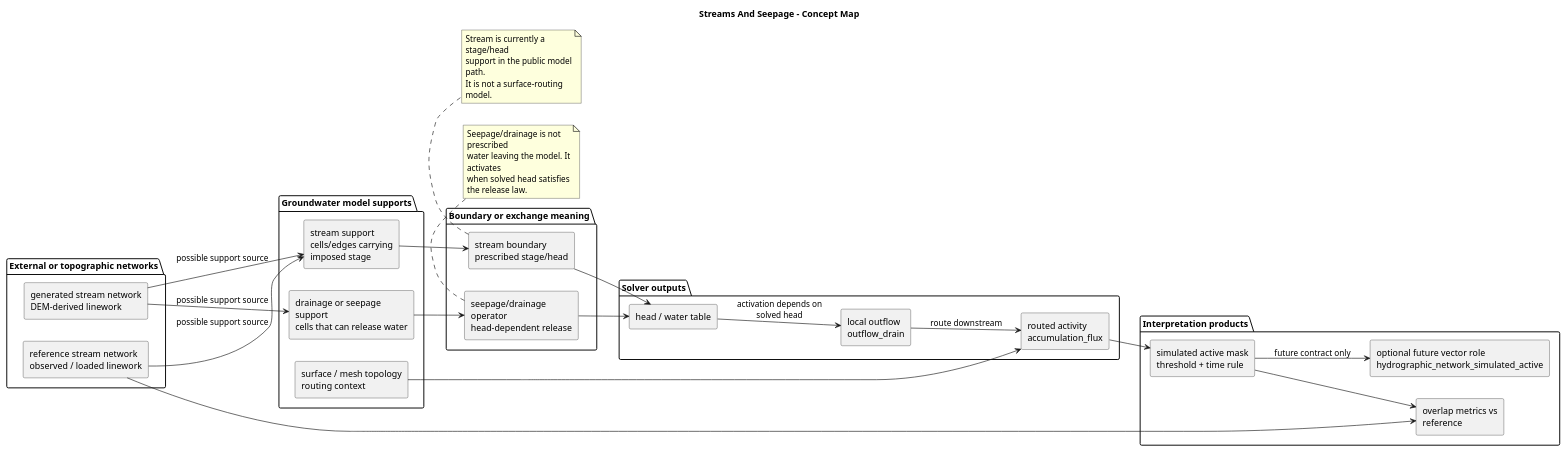
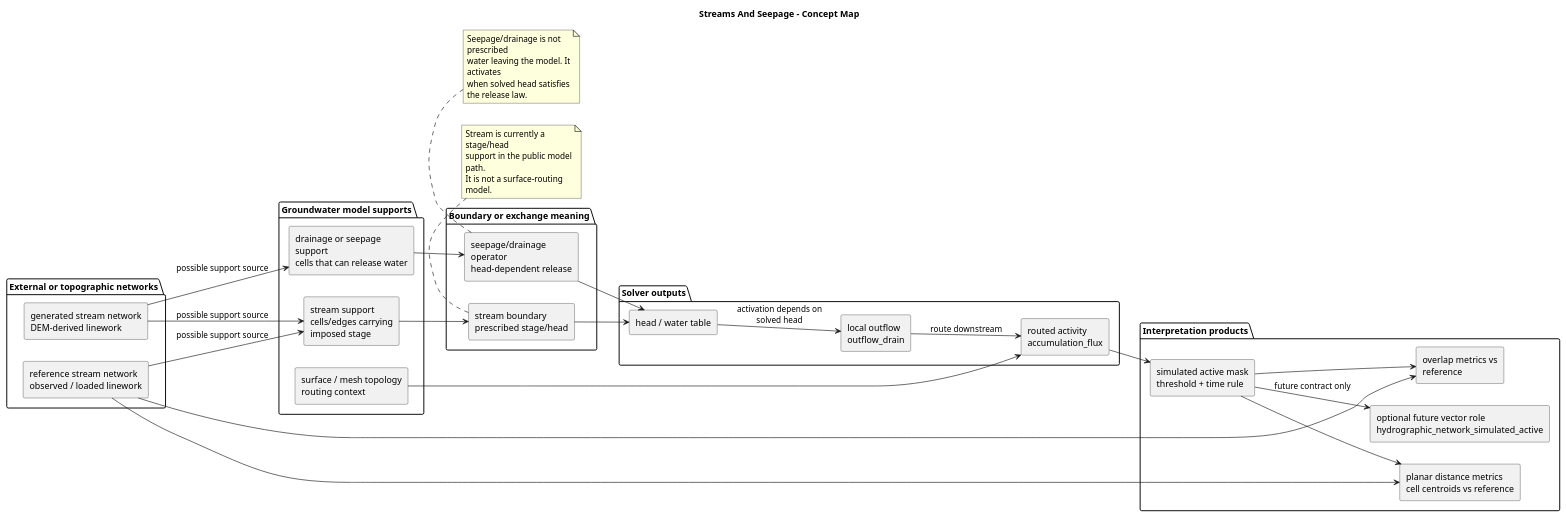
One commit to HydroModPy/HydroModPy changed the diagram in docs/readthedocs/source/scientific/streams_and_seepage/diagrams/stream_seepage_role_map.wsd. Above: the diagram before and after it, drawn with PlantUML. The commit also changed 255 other files, not shown here.

```diff
--- a/docs/readthedocs/source/scientific/streams_and_seepage/diagrams/stream_seepage_role_map.wsd
+++ b/docs/readthedocs/source/scientific/streams_and_seepage/diagrams/stream_seepage_role_map.wsd
@@ -1,62 +1,65 @@
 @startuml
 title Streams And Seepage - Concept Map
 left to right direction
 skinparam componentStyle rectangle
 skinparam wrapWidth 180
 skinparam maxMessageSize 170
 
 package "External or topographic networks" {
   component "reference stream network\nobserved / loaded linework" as Reference
   component "generated stream network\nDEM-derived linework" as Generated
 }
 
 package "Groundwater model supports" {
   component "stream support\ncells/edges carrying imposed stage" as StreamSupport
   component "drainage or seepage support\ncells that can release water" as DrainSupport
   component "surface / mesh topology\nrouting context" as Surface
 }
 
 package "Boundary or exchange meaning" {
   component "stream boundary\nprescribed stage/head" as StreamBoundary
   component "seepage/drainage operator\nhead-dependent release" as DrainOperator
 }
 
 package "Solver outputs" {
   component "head / water table" as Head
   component "local outflow\noutflow_drain" as Outflow
   component "routed activity\naccumulation_flux" as Accum
 }
 
 package "Interpretation products" {
   component "simulated active mask\nthreshold + time rule" as Mask
   component "overlap metrics vs reference" as Overlap
+  component "planar distance metrics\ncell centroids vs reference" as Distance
   component "optional future vector role\nhydrographic_network_simulated_active" as Vector
 }
 
 Reference --> StreamSupport : possible support source
 Generated --> StreamSupport : possible support source
 Generated --> DrainSupport : possible support source
 StreamSupport --> StreamBoundary
 DrainSupport --> DrainOperator
 StreamBoundary --> Head
 DrainOperator --> Head
 Head --> Outflow : activation depends on solved head
 Outflow --> Accum : route downstream
 Surface --> Accum
 Accum --> Mask
 Reference --> Overlap
 Mask --> Overlap
+Reference --> Distance
+Mask --> Distance
 Mask --> Vector : future contract only
 
 note bottom of StreamBoundary
 Stream is currently a stage/head
 support in the public model path.
 It is not a surface-routing model.
 end note
 
 note bottom of DrainOperator
 Seepage/drainage is not prescribed
 water leaving the model. It activates
 when solved head satisfies the release law.
 end note
 @enduml
```
